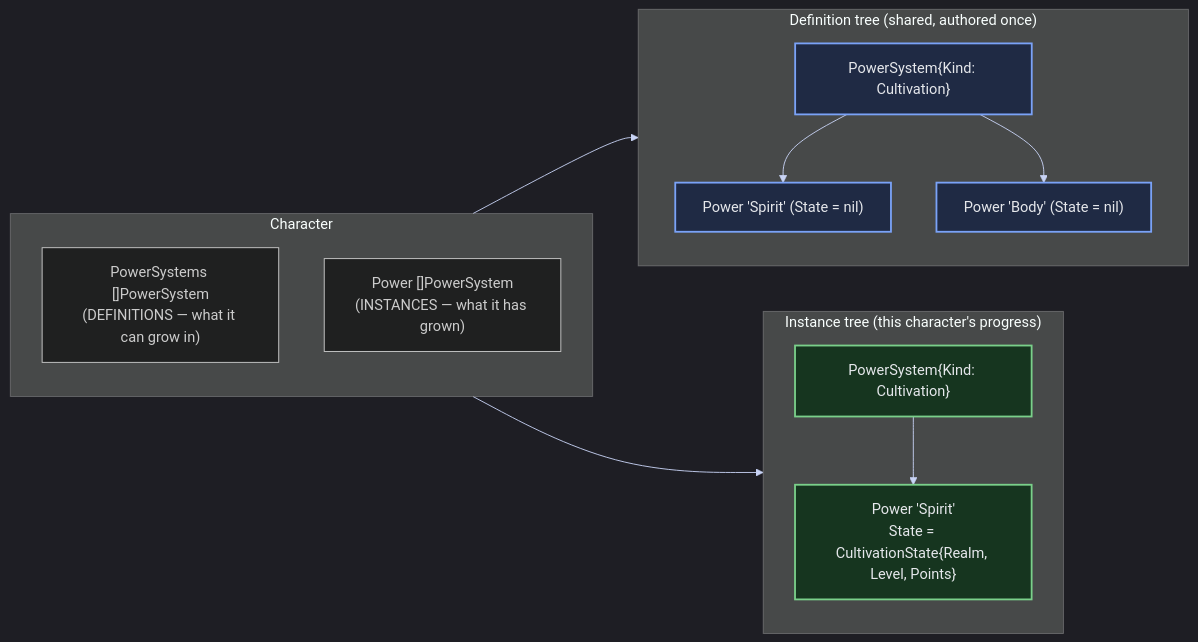
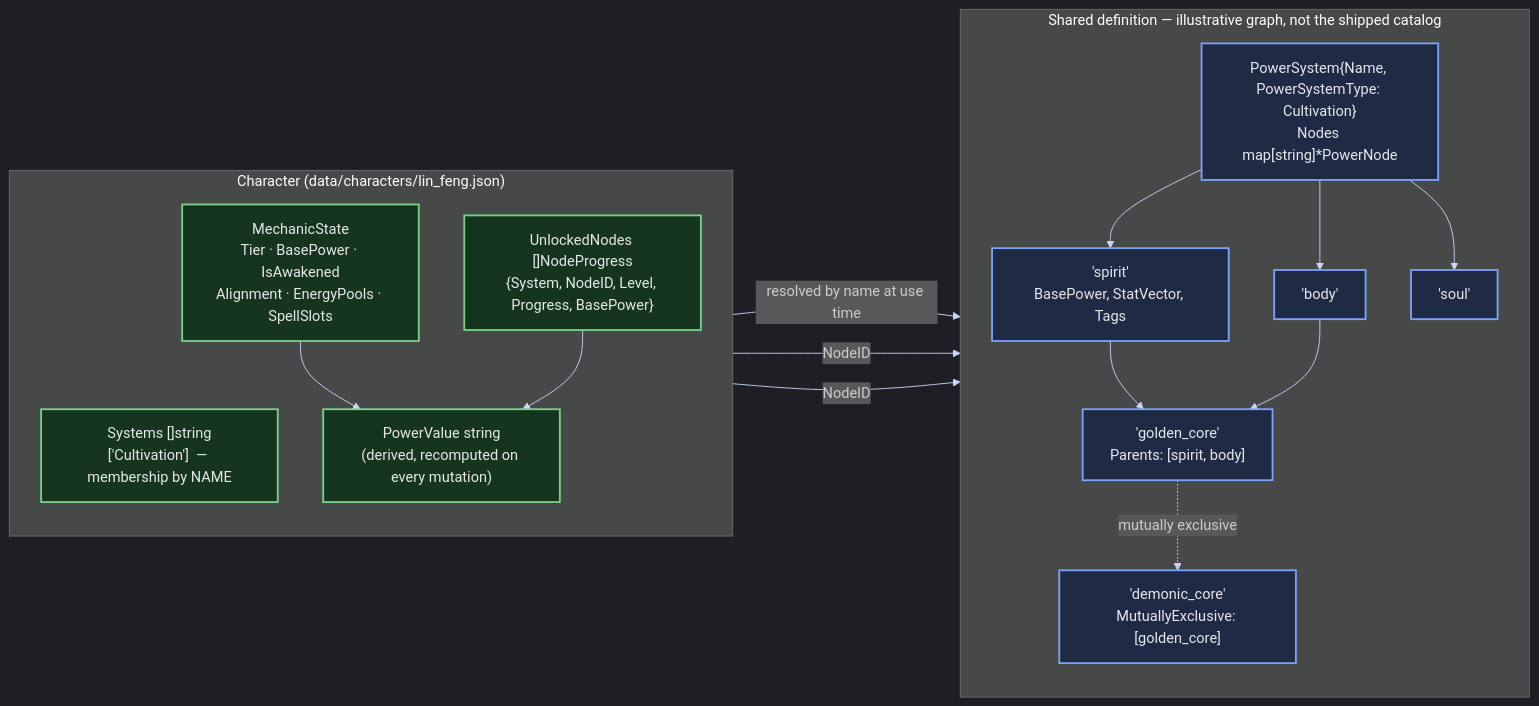
One commit to backendsouls/tge changed the diagram in ai/docs/diagrams/character-power.md. Above: the diagram before and after it, drawn with Mermaid. The commit also changed other lines of this file and 20 other files, not shown here.

````diff
--- a/ai/docs/diagrams/character-power.md
+++ b/ai/docs/diagrams/character-power.md
@@ -3,28 +3,38 @@
 ```mermaid
 %%{init: {"theme":"dark","themeVariables":{"lineColor":"#c8d3f5"},"themeCSS":".edgePath path,.flowchart-link{stroke-width:2px} .messageLine0,.messageLine1{stroke-width:2px} .relation{stroke-width:2px} .actor{stroke-width:2px} .node rect,.node circle,.node polygon,.node path{stroke-width:2px} .cluster rect{stroke-width:2px}"}}%%
 flowchart LR
-    subgraph CH["Character"]
+    subgraph CH["Character (data/characters/lin_feng.json)"]
         direction TB
-        DEF["PowerSystems []PowerSystem<br/>(DEFINITIONS — what it can grow in)"]
-        INST["Power []PowerSystem<br/>(INSTANCES — what it has grown)"]
+        SYS["Systems []string<br/>['Cultivation']  — membership by NAME"]
+        MS["MechanicState<br/>Tier · BasePower · IsAwakened<br/>Alignment · EnergyPools · SpellSlots"]
+        UN["UnlockedNodes []NodeProgress<br/>{System, NodeID, Level, Progress, BasePower}"]
+        PV["PowerValue string<br/>(derived, recomputed on every mutation)"]
     end
 
-    subgraph DEFTREE["Definition tree (shared, authored once)"]
-        D1["PowerSystem{Kind: Cultivation}"]
-        D1 --> DP1["Power 'Spirit' (State = nil)"]
-        D1 --> DP2["Power 'Body' (State = nil)"]
+    subgraph DEF["Shared definition — illustrative graph, not the shipped catalog"]
+        direction TB
+        PS["PowerSystem{Name, PowerSystemType: Cultivation}<br/>Nodes map[string]*PowerNode"]
+        N1["'spirit'<br/>BasePower, StatVector, Tags"]
+        N2["'body'"]
+        N3["'soul'"]
+        N4["'golden_core'<br/>Parents: [spirit, body]"]
+        N5["'demonic_core'<br/>MutuallyExclusive: [golden_core]"]
+        PS --> N1
+        PS --> N2
+        PS --> N3
+        N1 --> N4
+        N2 --> N4
+        N4 -.->|mutually exclusive| N5
     end
 
-    subgraph INSTTREE["Instance tree (this character's progress)"]
-        I1["PowerSystem{Kind: Cultivation}"]
-        I1 --> IP1["Power 'Spirit'<br/>State = CultivationState{Realm, Level, Points}"]
-    end
+    SYS -->|resolved by name at use time| PS
+    UN -->|NodeID| N1
+    UN -->|NodeID| N4
+    MS --> PV
+    UN --> PV
 
-    DEF --> DEFTREE
-    INST --> INSTTREE
-
+    classDef held fill:#16351f,stroke:#7ad08a,color:#e5e7eb,stroke-width:2px
     classDef def fill:#1f2a44,stroke:#7aa2f7,color:#e5e7eb,stroke-width:2px
-    classDef inst fill:#16351f,stroke:#7ad08a,color:#e5e7eb,stroke-width:2px
-    class D1,DP1,DP2 def
-    class I1,IP1 inst
+    class SYS,MS,UN,PV held
+    class PS,N1,N2,N3,N4,N5 def
 ```
````
